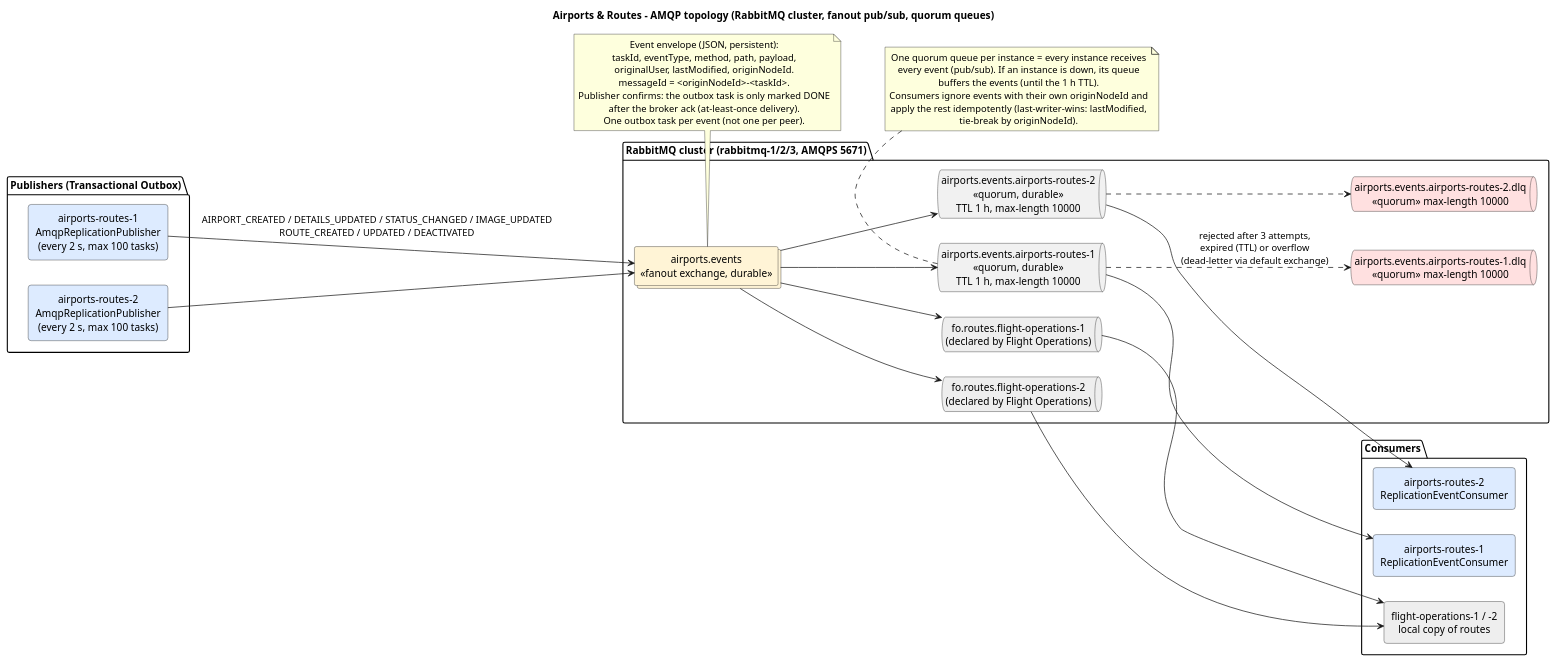
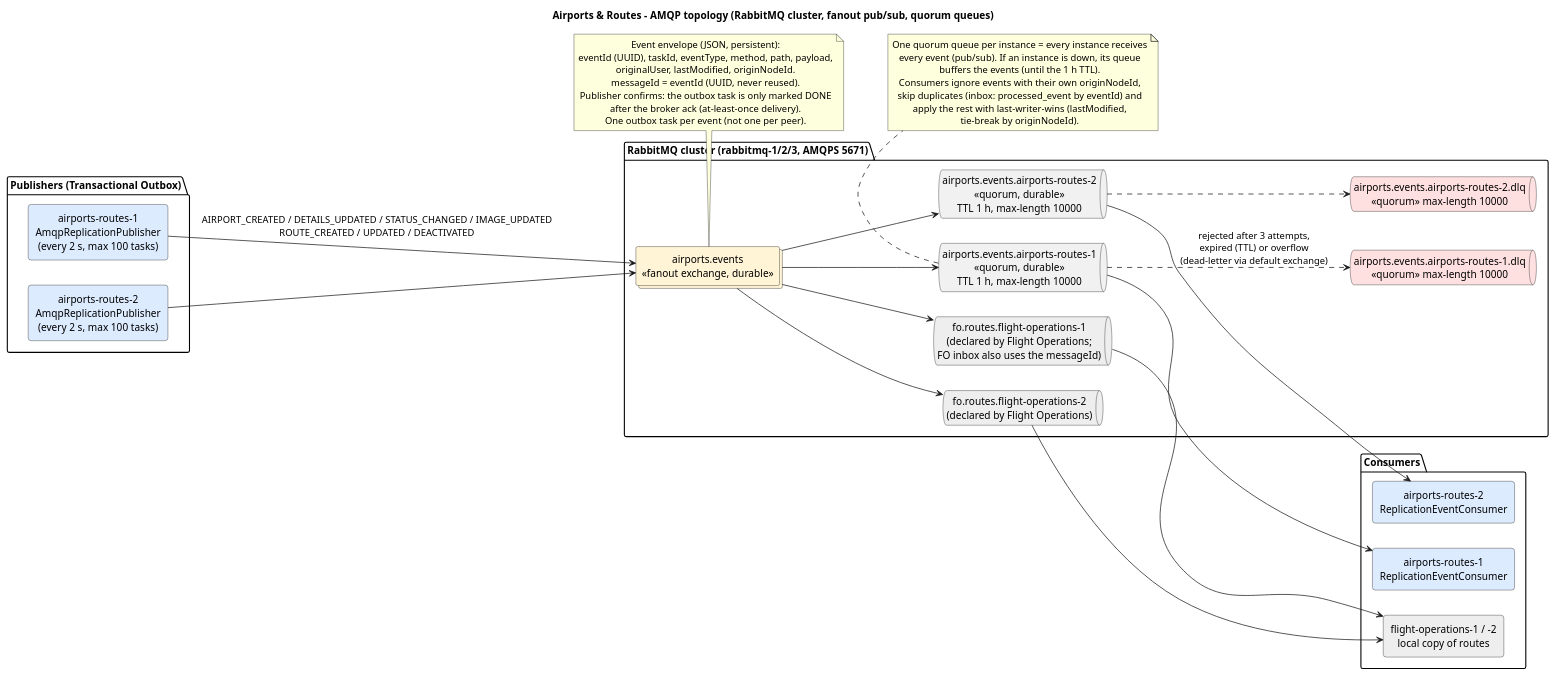
Before and after one commit to anamartasilvaa/SIDIG_AI_Safe: the diagram in Services/Airport e Routes/airports-routes-service/docs/E2/messaging-topology-airports-routes.puml, drawn with PlantUML. The commit also changed 12 other files, not shown here.

```diff
--- a/Services/Airport e Routes/airports-routes-service/docs/E2/messaging-topology-airports-routes.puml
+++ b/Services/Airport e Routes/airports-routes-service/docs/E2/messaging-topology-airports-routes.puml
@@ -1,67 +1,68 @@
 @startuml messaging-topology-airports-routes
 skinparam shadowing false
 skinparam defaultTextAlignment center
 skinparam rectangle {
   RoundCorner 8
 }
 left to right direction
 title Airports & Routes - AMQP topology (RabbitMQ cluster, fanout pub/sub, quorum queues)
 
 package "Publishers (Transactional Outbox)" {
   rectangle "airports-routes-1\nAmqpReplicationPublisher\n(every 2 s, max 100 tasks)" as pub1 #DDEBFF
   rectangle "airports-routes-2\nAmqpReplicationPublisher\n(every 2 s, max 100 tasks)" as pub2 #DDEBFF
 }
 
 package "RabbitMQ cluster (rabbitmq-1/2/3, AMQPS 5671)" {
   collections "airports.events\n<<fanout exchange, durable>>" as ex #FFF4D6
 
   queue "airports.events.airports-routes-1\n<<quorum, durable>>\nTTL 1 h, max-length 10000" as q1
   queue "airports.events.airports-routes-2\n<<quorum, durable>>\nTTL 1 h, max-length 10000" as q2
   queue "airports.events.airports-routes-1.dlq\n<<quorum>> max-length 10000" as dlq1 #FFE0E0
   queue "airports.events.airports-routes-2.dlq\n<<quorum>> max-length 10000" as dlq2 #FFE0E0
 
-  queue "fo.routes.flight-operations-1\n(declared by Flight Operations)" as qf1 #EEEEEE
+  queue "fo.routes.flight-operations-1\n(declared by Flight Operations;\nFO inbox also uses the messageId)" as qf1 #EEEEEE
   queue "fo.routes.flight-operations-2\n(declared by Flight Operations)" as qf2 #EEEEEE
 }
 
 package "Consumers" {
   rectangle "airports-routes-1\nReplicationEventConsumer" as c1 #DDEBFF
   rectangle "airports-routes-2\nReplicationEventConsumer" as c2 #DDEBFF
   rectangle "flight-operations-1 / -2\nlocal copy of routes" as cf #EEEEEE
 }
 
 pub1 --> ex : AIRPORT_CREATED / DETAILS_UPDATED / STATUS_CHANGED / IMAGE_UPDATED\nROUTE_CREATED / UPDATED / DEACTIVATED
 pub2 --> ex
 
 ex --> q1
 ex --> q2
 ex --> qf1
 ex --> qf2
 
 q1 --> c1
 q2 --> c2
 qf1 --> cf
 qf2 --> cf
 
 q1 ..> dlq1 : rejected after 3 attempts,\nexpired (TTL) or overflow\n(dead-letter via default exchange)
 q2 ..> dlq2
 
 note bottom of ex
   Event envelope (JSON, persistent):
-  taskId, eventType, method, path, payload,
+  eventId (UUID), taskId, eventType, method, path, payload,
   originalUser, lastModified, originNodeId.
-  messageId = <originNodeId>-<taskId>.
+  messageId = eventId (UUID, never reused).
   Publisher confirms: the outbox task is only marked DONE
   after the broker ack (at-least-once delivery).
   One outbox task per event (not one per peer).
 end note
 
 note bottom of q1
   One quorum queue per instance = every instance receives
   every event (pub/sub). If an instance is down, its queue
   buffers the events (until the 1 h TTL).
-  Consumers ignore events with their own originNodeId and
-  apply the rest idempotently (last-writer-wins: lastModified,
+  Consumers ignore events with their own originNodeId,
+  skip duplicates (inbox: processed_event by eventId) and
+  apply the rest with last-writer-wins (lastModified,
   tie-break by originNodeId).
 end note
 @enduml
```
